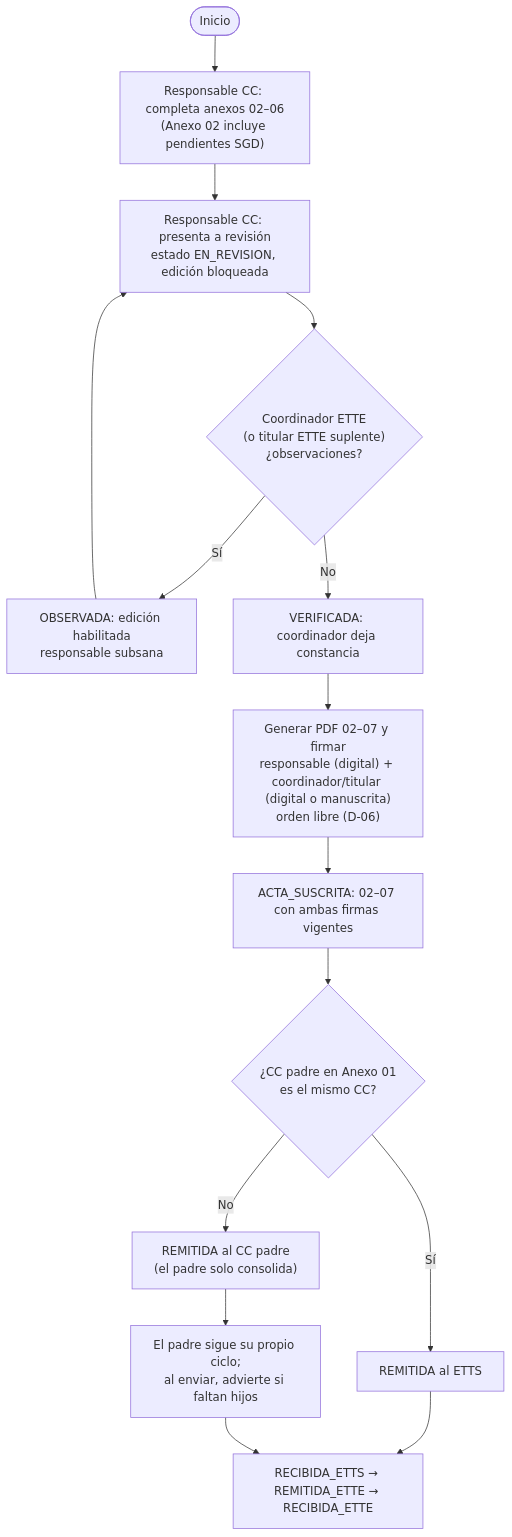
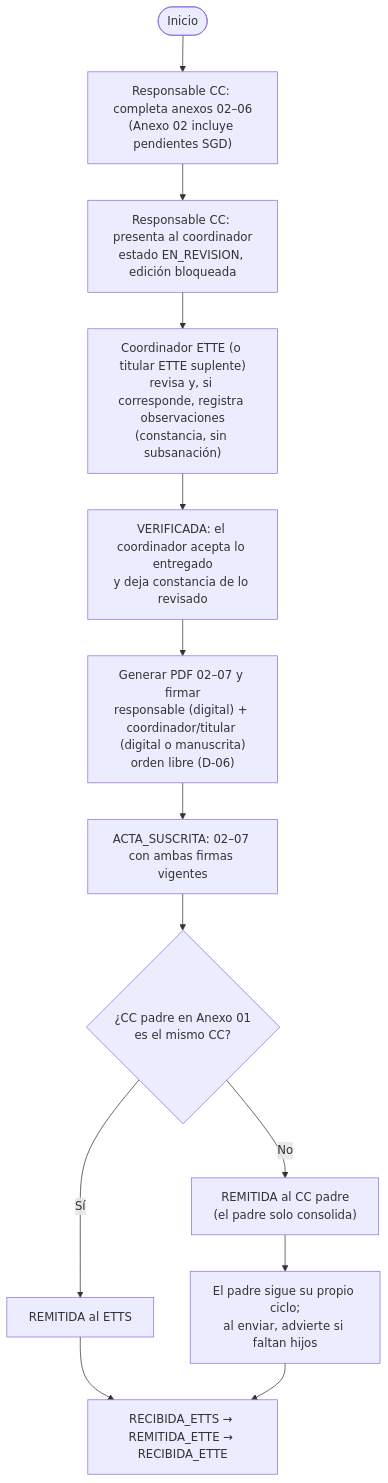
One commit to Zttxw/SIS-TRANFERENCIA changed the diagram in docs/nueva-directiva/plan-adecuacion-directiva.md. Above: the diagram before and after it, drawn with Mermaid. The commit also changed other lines of this file and 281 other files, not shown here.

````diff
--- a/docs/nueva-directiva/plan-adecuacion-directiva.md
+++ b/docs/nueva-directiva/plan-adecuacion-directiva.md
@@ -50,17 +50,15 @@
 ```mermaid
 flowchart TD
     A([Inicio]) --> B["Responsable CC: completa anexos 02–06<br/>(Anexo 02 incluye pendientes SGD)"]
-    B --> C["Responsable CC: presenta a revisión<br/>estado EN_REVISION, edición bloqueada"]
-    C --> D{"Coordinador ETTE<br/>(o titular ETTE suplente)<br/>¿observaciones?"}
-    D -- Sí --> E["OBSERVADA: edición habilitada<br/>responsable subsana"]
-    E --> C
-    D -- No --> F["VERIFICADA: coordinador deja constancia"]
+    B --> C["Responsable CC: presenta al coordinador<br/>estado EN_REVISION, edición bloqueada"]
+    C --> D["Coordinador ETTE (o titular ETTE suplente)<br/>revisa y, si corresponde, registra observaciones<br/>(constancia, sin subsanación)"]
+    D --> F["VERIFICADA: el coordinador acepta lo entregado<br/>y deja constancia de lo revisado"]
     F --> G["Generar PDF 02–07 y firmar<br/>responsable (digital) + coordinador/titular (digital o manuscrita)<br/>orden libre (D-06)"]
     G --> H["ACTA_SUSCRITA: 02–07 con ambas firmas vigentes"]
     H --> I{"¿CC padre en Anexo 01<br/>es el mismo CC?"}
     I -- No --> J["REMITIDA al CC padre<br/>(el padre solo consolida)"]
     I -- Sí --> K["REMITIDA al ETTS"]
     J --> L["El padre sigue su propio ciclo;<br/>al enviar, advierte si faltan hijos"]
     K --> M["RECIBIDA_ETTS → REMITIDA_ETTE → RECIBIDA_ETTE"]
     L --> M
 ```
````
